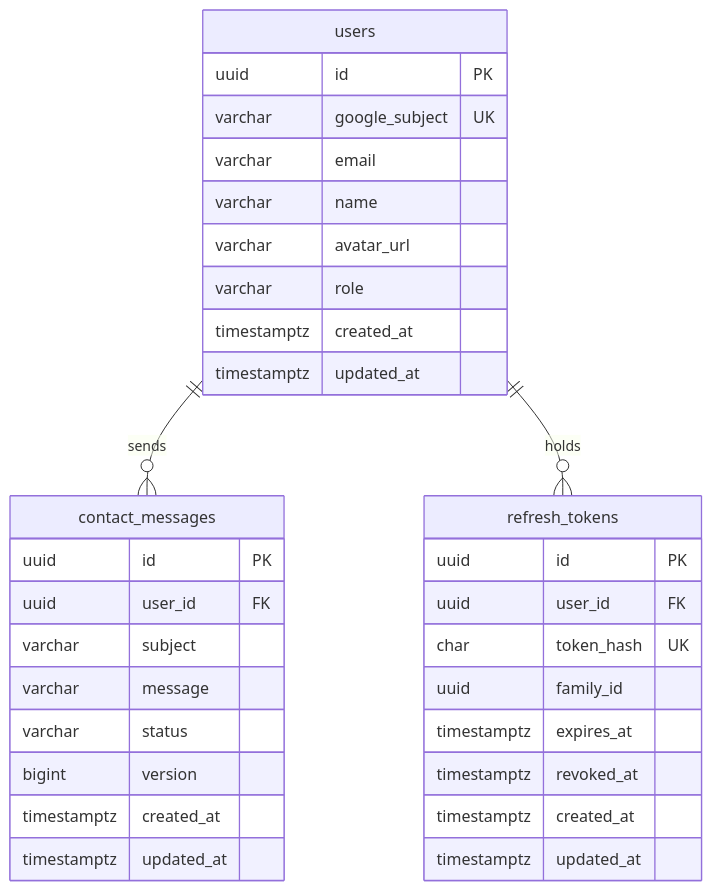
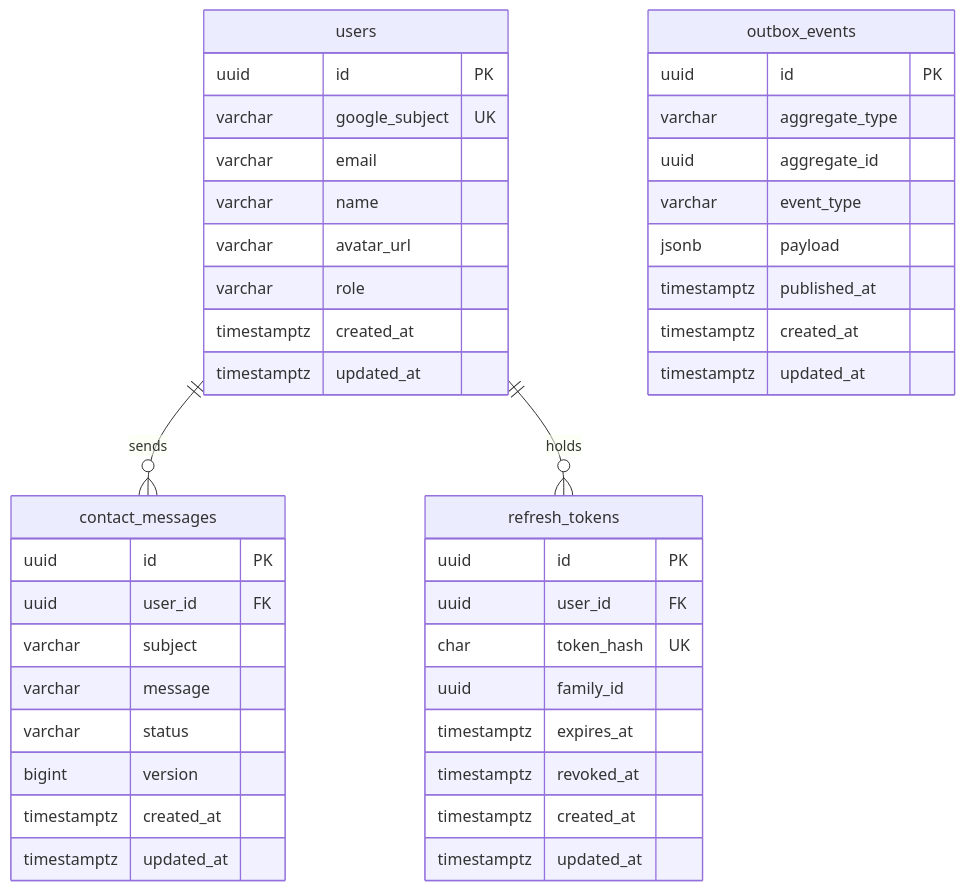
Before and after one commit to mggokmen/mustafagokselgokmen: the second of 6 diagrams in docs/architecture.md, drawn with Mermaid. The commit also changed other lines of this file and 18 other files, not shown here.

First line of the commit message:
feat(outbox): record domain events in the transaction that produces them

````diff
--- a/docs/architecture.md
+++ b/docs/architecture.md
@@ -44,35 +44,45 @@
 ```mermaid
 erDiagram
     users ||--o{ contact_messages : sends
     users ||--o{ refresh_tokens : holds
     users {
         uuid id PK
         varchar google_subject UK
         varchar email
         varchar name
         varchar avatar_url
         varchar role
         timestamptz created_at
         timestamptz updated_at
     }
     contact_messages {
         uuid id PK
         uuid user_id FK
         varchar subject
         varchar message
         varchar status
         bigint version
         timestamptz created_at
         timestamptz updated_at
     }
+    outbox_events {
+        uuid id PK
+        varchar aggregate_type
+        uuid aggregate_id
+        varchar event_type
+        jsonb payload
+        timestamptz published_at
+        timestamptz created_at
+        timestamptz updated_at
+    }
     refresh_tokens {
         uuid id PK
         uuid user_id FK
         char token_hash UK
         uuid family_id
         timestamptz expires_at
         timestamptz revoked_at
         timestamptz created_at
         timestamptz updated_at
     }
 ```
````
